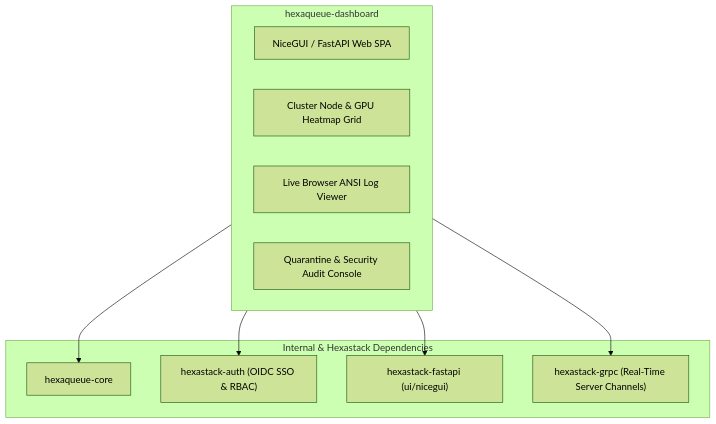
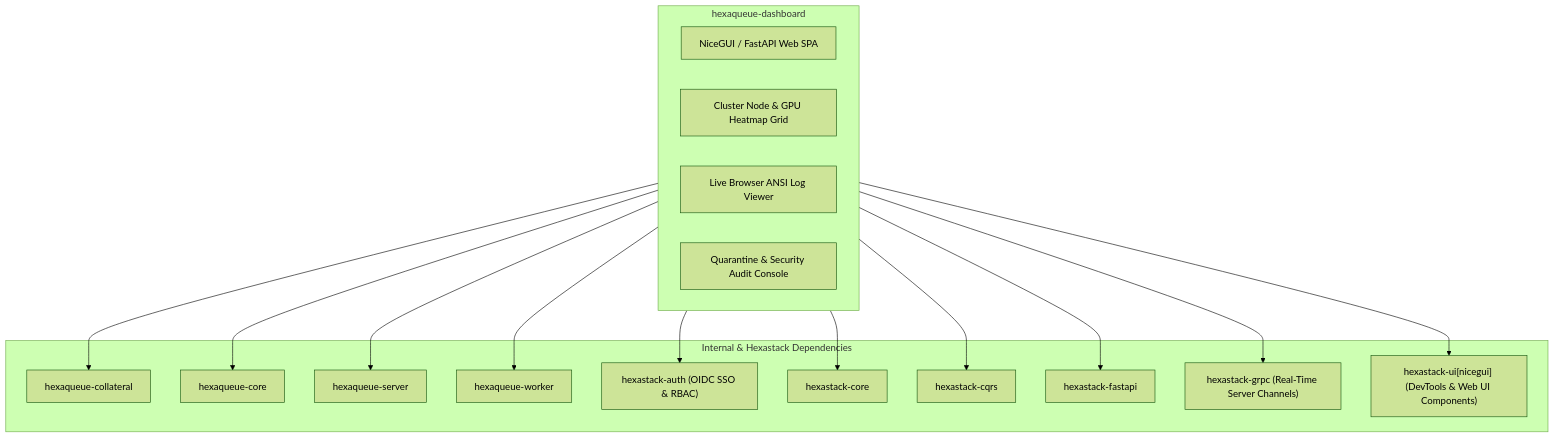
One commit to TheTrueSCU/hexaqueue changed the diagram in packages/hexaqueue_dashboard/README.md. Above: the diagram before and after it, drawn with Mermaid (forest theme). The commit also changed other lines of this file and 32 other files, not shown here.

````diff
--- a/packages/hexaqueue_dashboard/README.md
+++ b/packages/hexaqueue_dashboard/README.md
@@ -20,21 +20,33 @@
 ```mermaid
 graph TD
     subgraph S1["hexaqueue-dashboard"]
         UI["NiceGUI / FastAPI Web SPA"]
         HEATMAP["Cluster Node & GPU Heatmap Grid"]
         TERM["Live Browser ANSI Log Viewer"]
         AUDIT["Quarantine & Security Audit Console"]
     end
 
     subgraph S2["Internal & Hexastack Dependencies"]
+        HQ_COLLATERAL["hexaqueue-collateral"]
         HQ_CORE["hexaqueue-core"]
+        HQ_SERVER["hexaqueue-server"]
+        HQ_WORKER["hexaqueue-worker"]
         HS_AUTH["hexastack-auth (OIDC SSO & RBAC)"]
-        HS_FASTAPI["hexastack-fastapi (ui/nicegui)"]
+        HS_CORE["hexastack-core"]
+        HS_CQRS["hexastack-cqrs"]
+        HS_FASTAPI["hexastack-fastapi"]
         HS_GRPC["hexastack-grpc (Real-Time Server Channels)"]
+        HS_UI["hexastack-ui[nicegui] (DevTools & Web UI Components)"]
     end
 
+    S1 --> HQ_COLLATERAL
     S1 --> HQ_CORE
+    S1 --> HQ_SERVER
+    S1 --> HQ_WORKER
     S1 --> HS_AUTH
+    S1 --> HS_CORE
+    S1 --> HS_CQRS
     S1 --> HS_FASTAPI
     S1 --> HS_GRPC
+    S1 --> HS_UI
 ```
````
